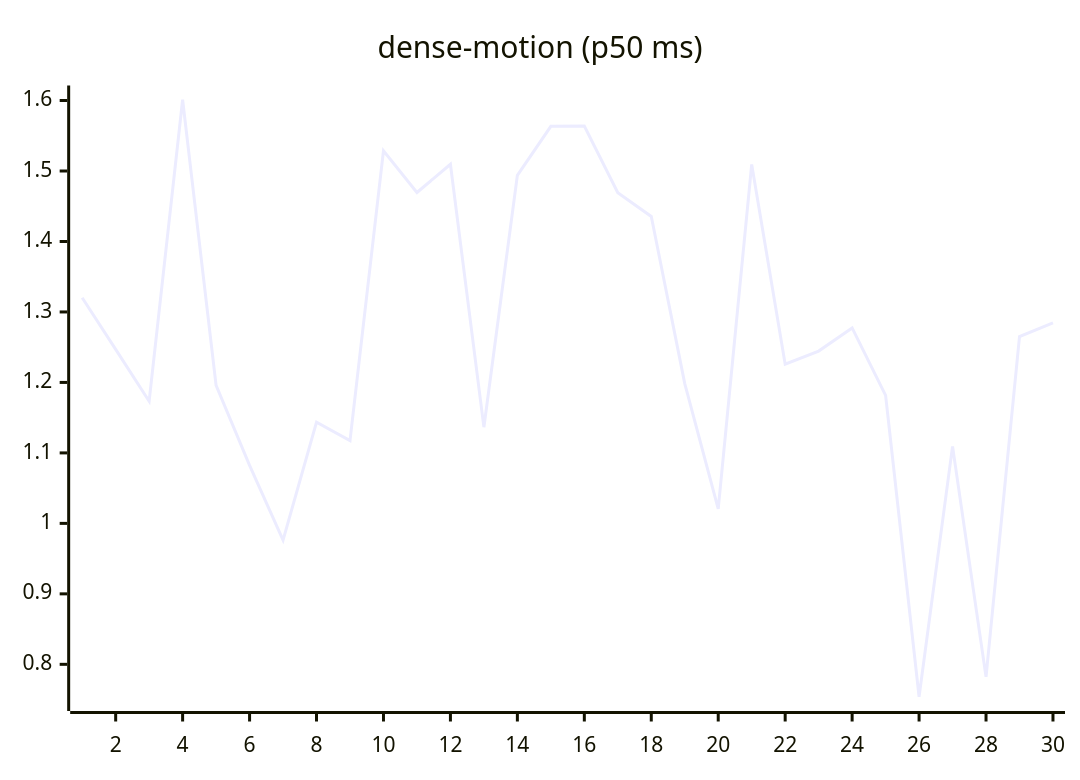
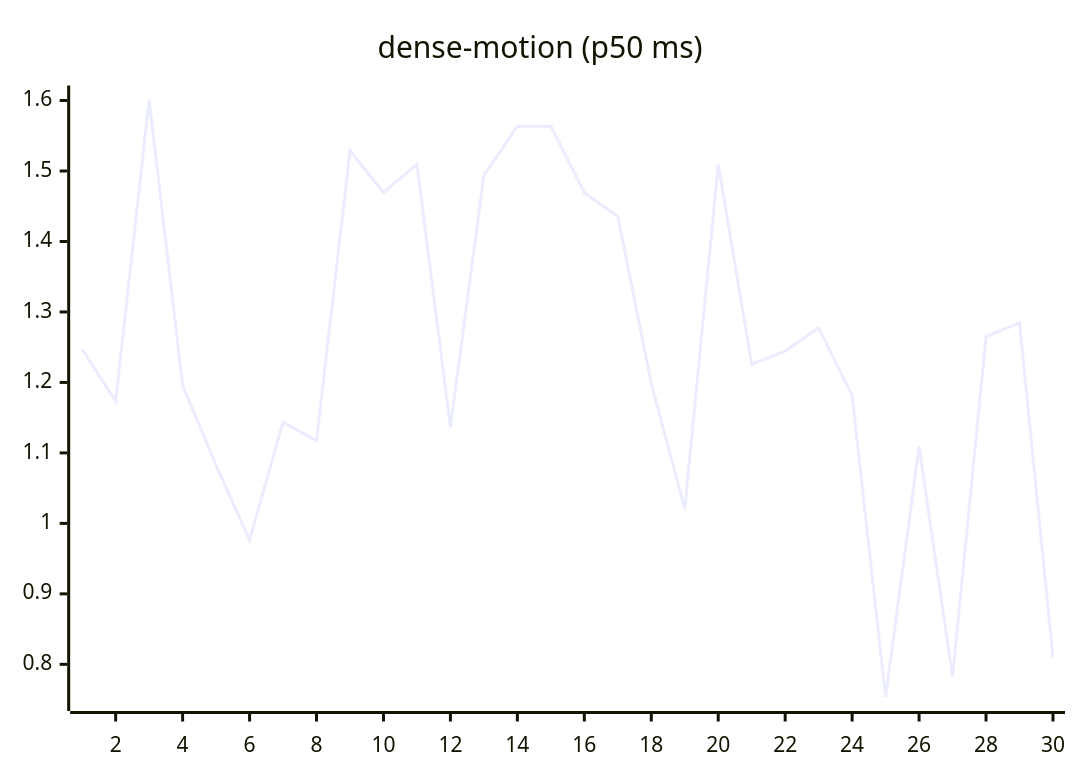
One commit to josha/Facet changed the ninth of 27 diagrams in README.md. Above: the diagram before and after it, drawn with Mermaid. The commit also changed other lines of this file and 2 other files, not shown here.

````diff
--- a/README.md
+++ b/README.md
@@ -119,6 +119,6 @@
 ```mermaid
 xychart-beta
     title "dense-motion (p50 ms)"
     x-axis 1 --> 30
-    line [1.3202, 1.2469, 1.1733, 1.6011, 1.1959, 1.0823, 0.9763, 1.1436, 1.1174, 1.5286, 1.4695, 1.5096, 1.1365, 1.4939, 1.5634, 1.5638, 1.4692, 1.4355, 1.1984, 1.0205, 1.5093, 1.2258, 1.2445, 1.2773, 1.1817, 0.7540, 1.1093, 0.7822, 1.2651, 1.2846]
+    line [1.2469, 1.1733, 1.6011, 1.1959, 1.0823, 0.9763, 1.1436, 1.1174, 1.5286, 1.4695, 1.5096, 1.1365, 1.4939, 1.5634, 1.5638, 1.4692, 1.4355, 1.1984, 1.0205, 1.5093, 1.2258, 1.2445, 1.2773, 1.1817, 0.7540, 1.1093, 0.7822, 1.2651, 1.2846, 0.8102]
 ```
````
